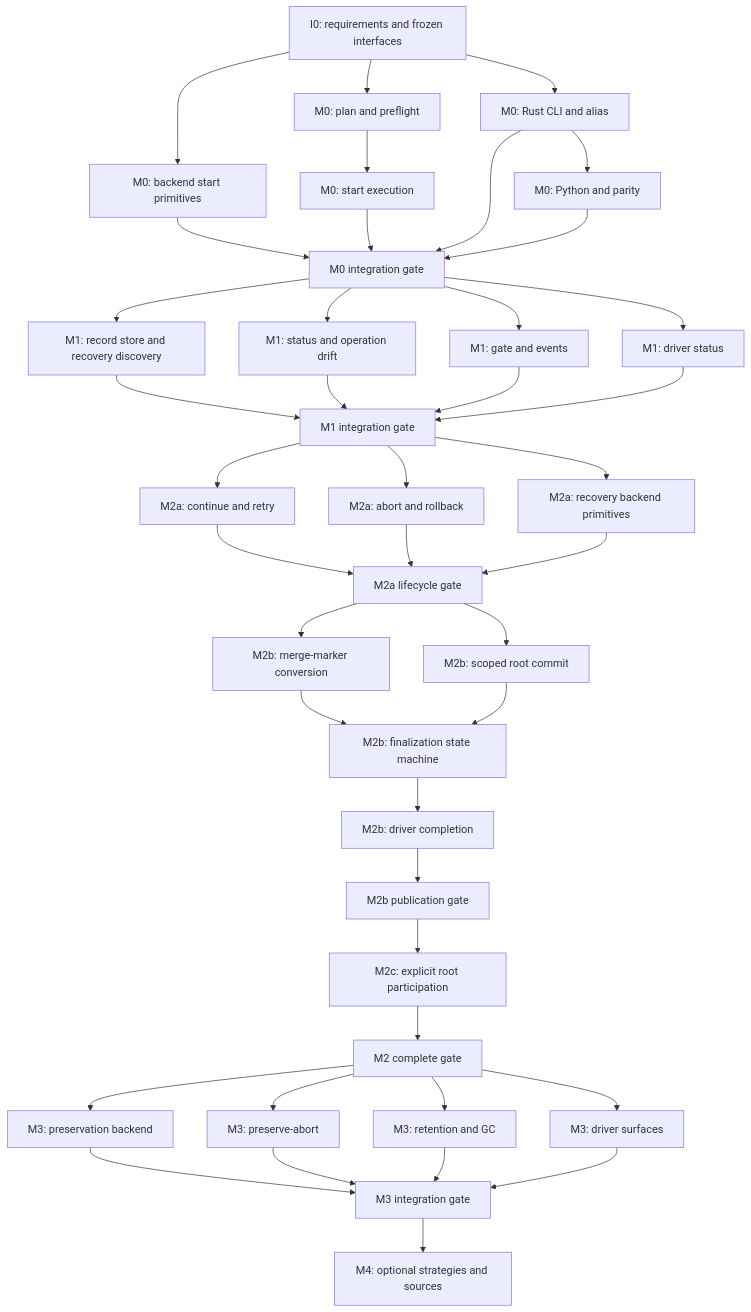
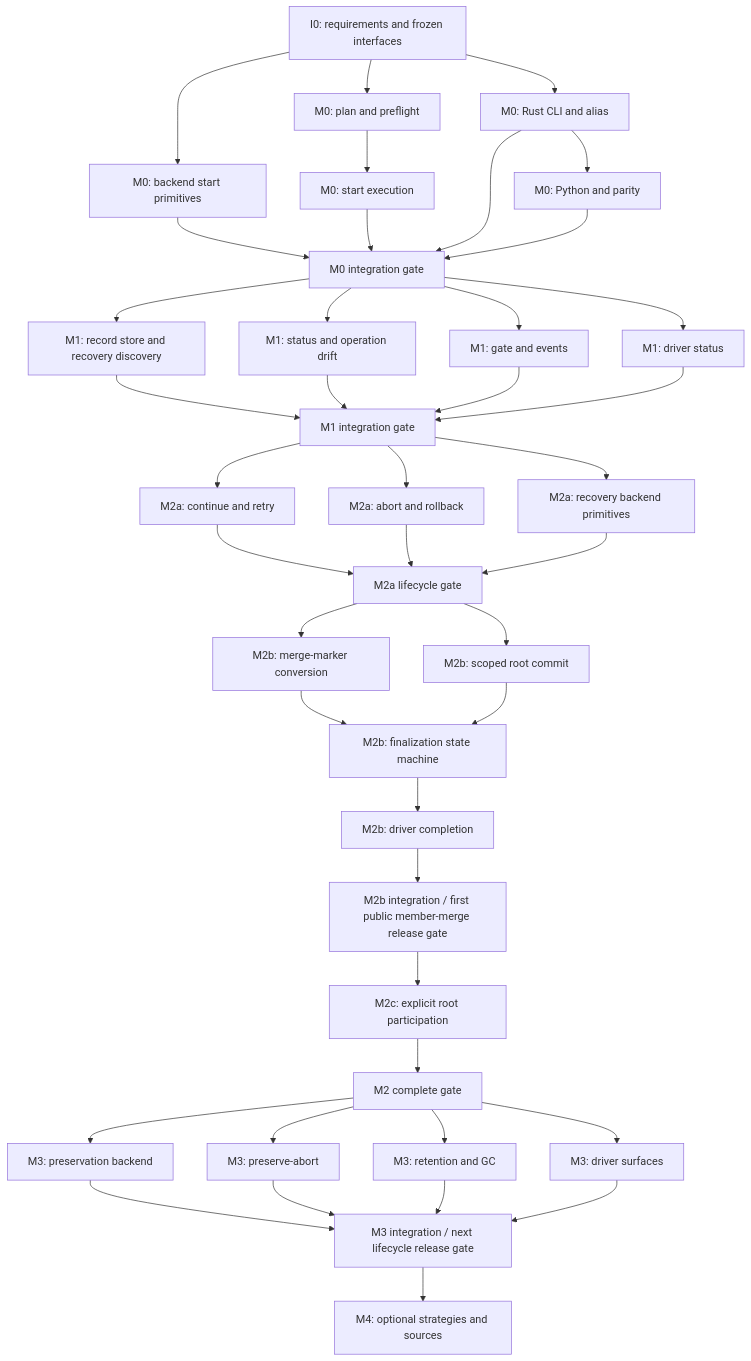
Before and after one commit to owebeeone/gwz-core: the diagram in dev-docs/GwzMergePlan.md, drawn with Mermaid. The commit also changed other lines of this file, not shown here.

First line of the commit message:
docs: move merge release gate to complete lifecycle

````diff
--- a/dev-docs/GwzMergePlan.md
+++ b/dev-docs/GwzMergePlan.md
@@ -402,43 +426,43 @@
 ```mermaid
 flowchart TD
     I0["I0: requirements and frozen interfaces"] --> M0A["M0: backend start primitives"]
     I0 --> M0B1["M0: plan and preflight"]
     M0B1 --> M0B2["M0: start execution"]
     I0 --> M0C1["M0: Rust CLI and alias"]
     M0C1 --> M0C2["M0: Python and parity"]
     M0A --> G0["M0 integration gate"]
     M0B2 --> G0
     M0C1 --> G0
     M0C2 --> G0
     G0 --> M1A["M1: record store and recovery discovery"]
     G0 --> M1B["M1: status and operation drift"]
     G0 --> M1C1["M1: gate and events"]
     G0 --> M1C2["M1: driver status"]
     M1A --> G1["M1 integration gate"]
     M1B --> G1
     M1C1 --> G1
     M1C2 --> G1
     G1 --> M2A["M2a: continue and retry"]
     G1 --> M2B["M2a: abort and rollback"]
     G1 --> M2C["M2a: recovery backend primitives"]
     M2A --> G2A["M2a lifecycle gate"]
     M2B --> G2A
     M2C --> G2A
     G2A --> M2M["M2b: merge-marker conversion"]
     G2A --> M2G["M2b: scoped root commit"]
     M2M --> M2F["M2b: finalization state machine"]
     M2G --> M2F
     M2F --> M2D["M2b: driver completion"]
-    M2D --> G2B["M2b publication gate"]
+    M2D --> G2B["M2b integration / first public member-merge release gate"]
     G2B --> M2R["M2c: explicit root participation"]
     M2R --> G2C["M2 complete gate"]
     G2C --> M3A["M3: preservation backend"]
     G2C --> M3B["M3: preserve-abort"]
     G2C --> M3C1["M3: retention and GC"]
     G2C --> M3C2["M3: driver surfaces"]
-    M3A --> G3["M3 integration gate"]
+    M3A --> G3["M3 integration / next lifecycle release gate"]
     M3B --> G3
     M3C1 --> G3
     M3C2 --> G3
     G3 --> M4["M4: optional strategies and sources"]
 ```
````
